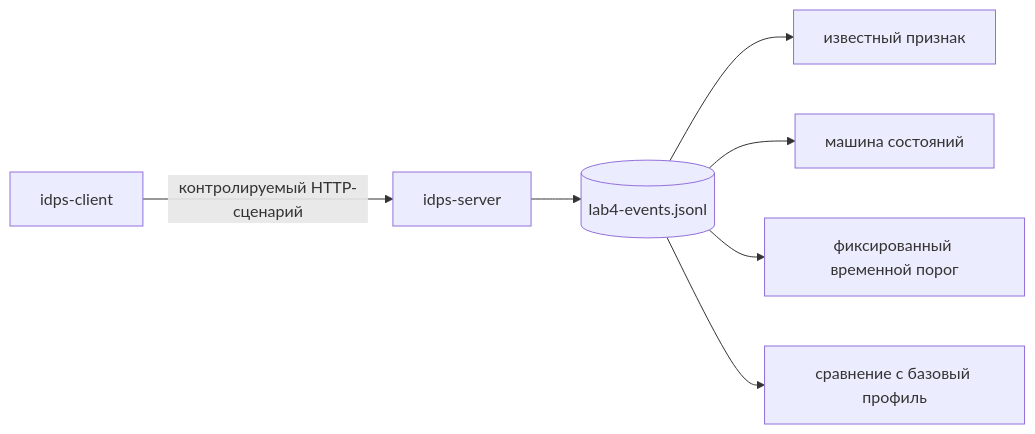
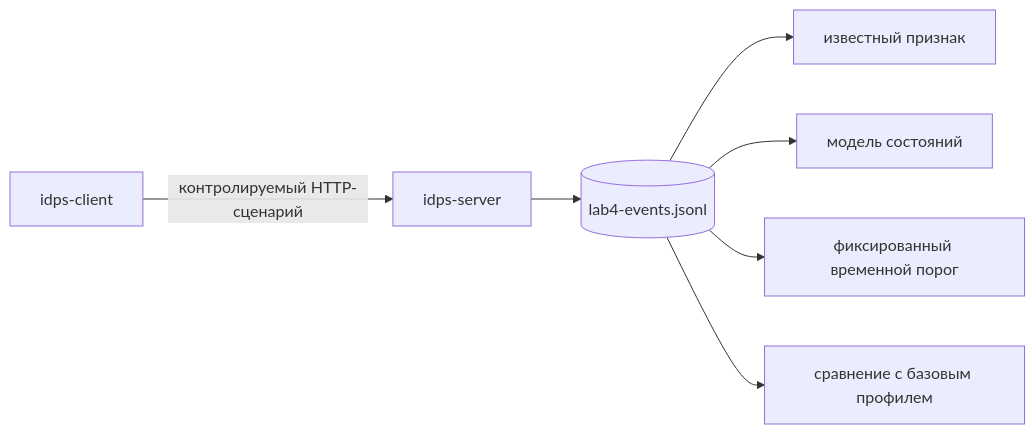
The diagram in docs/labs/lab04/index.md (11ndra/spvo), drawn with Mermaid before and after one commit. The commit also changed other lines of this file and 21 other files, not shown here.

````diff
--- a/docs/labs/lab04/index.md
+++ b/docs/labs/lab04/index.md
@@ -53,9 +54,9 @@
 ```mermaid
 flowchart LR
     C[idps-client] -->|контролируемый HTTP-сценарий| S[idps-server]
     S --> J[(lab4-events.jsonl)]
     J --> SG[известный признак]
-    J --> ST[машина состояний]
+    J --> ST["модель состояний"]
     J --> BH[фиксированный временной порог]
-    J --> AN[сравнение с базовый профиль]
+    J --> AN["сравнение с базовым профилем"]
 ```
````
